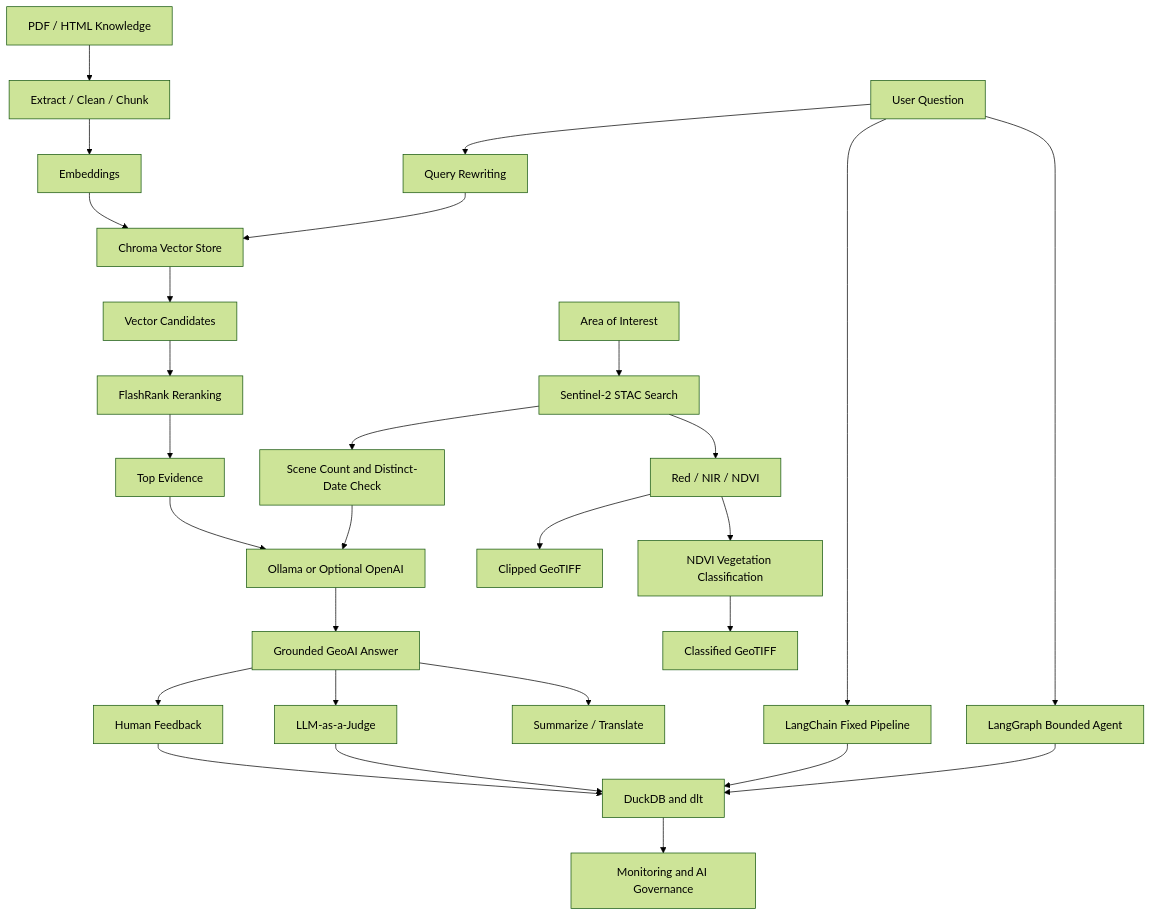
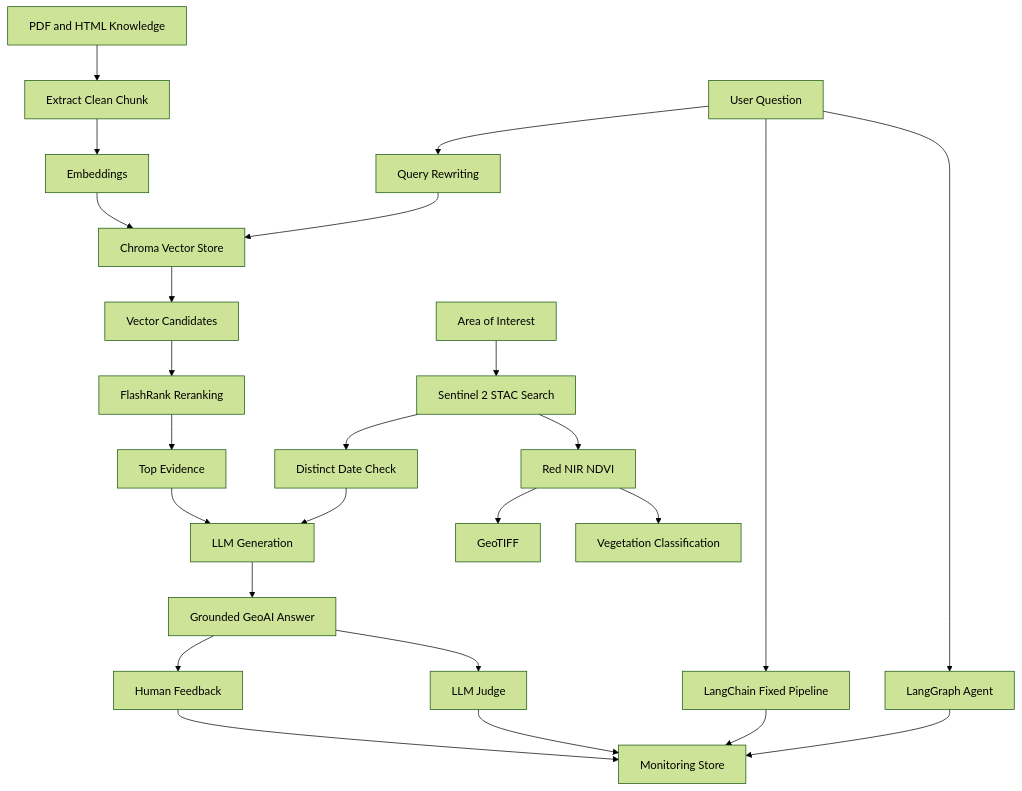
One commit to hanaahammad/geoscope-agent changed the diagram in README.md. Above: the diagram before and after it, drawn with Mermaid (forest theme). The commit also changed other lines of this file, not shown here.

Commit message:
Finalize GeoScope Agent capstone

````diff
--- a/README.md
+++ b/README.md
@@ -125,39 +125,34 @@
 ```mermaid
-flowchart TD
+graph TD
+    A[PDF and HTML Knowledge] --> B[Extract Clean Chunk]
+    B --> C[Embeddings]
+    C --> D[Chroma Vector Store]
 
-    A["PDF / HTML Knowledge"] --> B["Extract / Clean / Chunk"]
-    B --> C["Embeddings"]
-    C --> D["Chroma Vector Store"]
+    Q[User Question] --> R[Query Rewriting]
+    R --> D
+    D --> V[Vector Candidates]
+    V --> F[FlashRank Reranking]
+    F --> G[Top Evidence]
 
-    Q["User Question"] --> R["Query Rewriting"]
-    R --> D
-    D --> V["Vector Candidates"]
-    V --> F["FlashRank Reranking"]
-    F --> G["Top Evidence"]
+    H[Area of Interest] --> I[Sentinel 2 STAC Search]
+    I --> J[Distinct Date Check]
 
-    AOI["Area of Interest"] --> STAC["Sentinel-2 STAC Search"]
-    STAC --> DATE["Scene Count and Distinct-Date Check"]
+    G --> K[LLM Generation]
+    J --> K
+    K --> L[Grounded GeoAI Answer]
 
-    G --> LLM["Ollama or Optional OpenAI"]
-    DATE --> LLM
-    LLM --> ANSWER["Grounded GeoAI Answer"]
+    L --> M[Human Feedback]
+    L --> N[LLM Judge]
 
-    ANSWER --> FB["Human Feedback"]
-    ANSWER --> JUDGE["LLM-as-a-Judge"]
-    ANSWER --> TRANS["Summarize / Translate"]
+    M --> O[Monitoring Store]
+    N --> O
 
-    FB --> LOG["DuckDB and dlt"]
-    JUDGE --> LOG
-    LOG --> MON["Monitoring and AI Governance"]
+    I --> P[Red NIR NDVI]
+    P --> S[GeoTIFF]
+    P --> T[Vegetation Classification]
 
-    STAC --> RASTER["Red / NIR / NDVI"]
-    RASTER --> TIFF["Clipped GeoTIFF"]
-    RASTER --> CLASS["NDVI Vegetation Classification"]
-    CLASS --> CTIFF["Classified GeoTIFF"]
-
-    Q --> LC["LangChain Fixed Pipeline"]
-    Q --> LG["LangGraph Bounded Agent"]
-
-    LC --> LOG
-    LG --> LOG
+    Q --> U[LangChain Fixed Pipeline]
+    Q --> W[LangGraph Agent]
+    U --> O
+    W --> O
 ```
````
